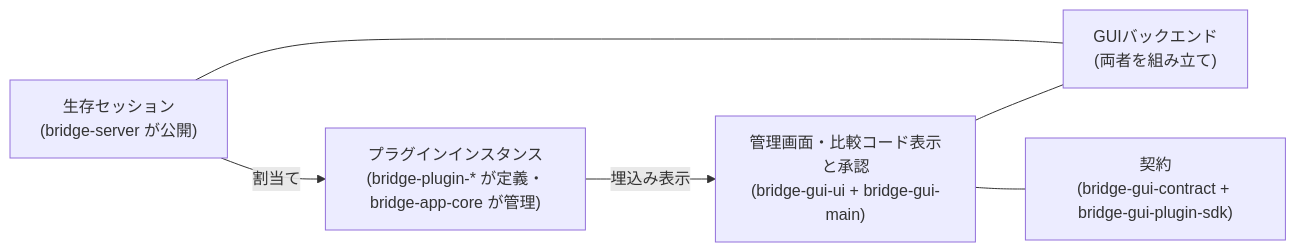
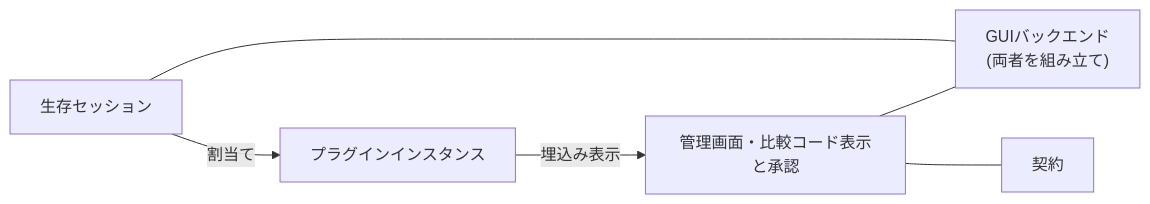
The first of 2 diagrams in design/bridge-app.md (WebXR-JP/xrift-bridge), drawn with Mermaid before and after one commit. The commit also changed other lines of this file and 2 other files, not shown here.

````diff
--- a/design/bridge-app.md
+++ b/design/bridge-app.md
@@ -7,8 +5,8 @@
 ```mermaid
 flowchart LR
-    S["生存セッション<br/>(bridge-server が公開)"] -->|"割当て"| P["プラグインインスタンス<br/>(bridge-plugin-* が定義・bridge-app-core が管理)"]
-    P -->|"埋込み表示"| G["管理画面・比較コード表示と承認<br/>(bridge-gui-ui + bridge-gui-main)"]
+    S["生存セッション"] -->|"割当て"| P["プラグインインスタンス"]
+    P -->|"埋込み表示"| G["管理画面・比較コード表示と承認"]
     G --- B["GUIバックエンド<br/>(両者を組み立て)"]
     B --- S
-    G --- C["契約<br/>(bridge-gui-contract + bridge-gui-plugin-sdk)"]
+    G --- C["契約"]
 ```
````
